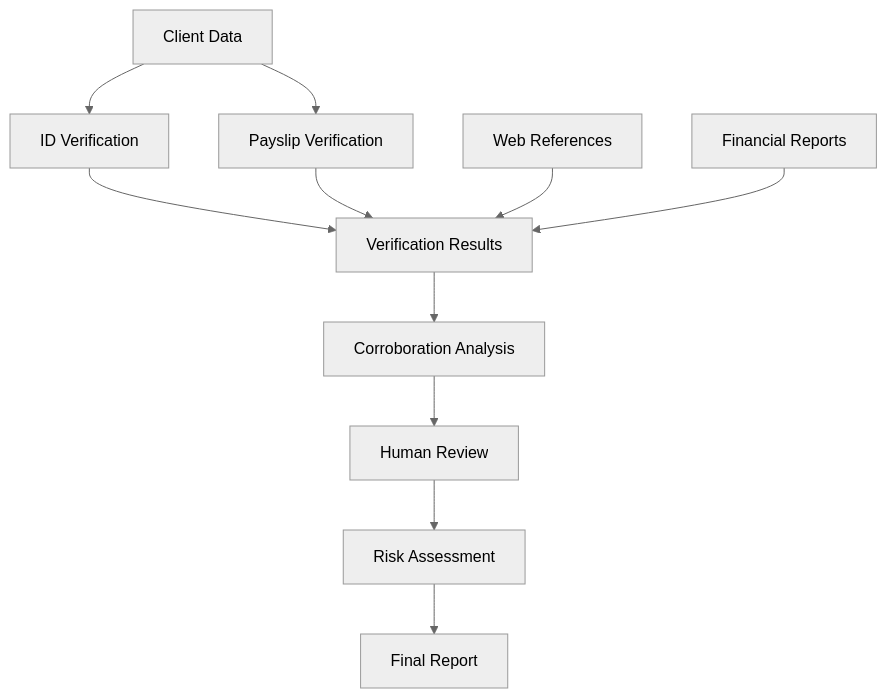
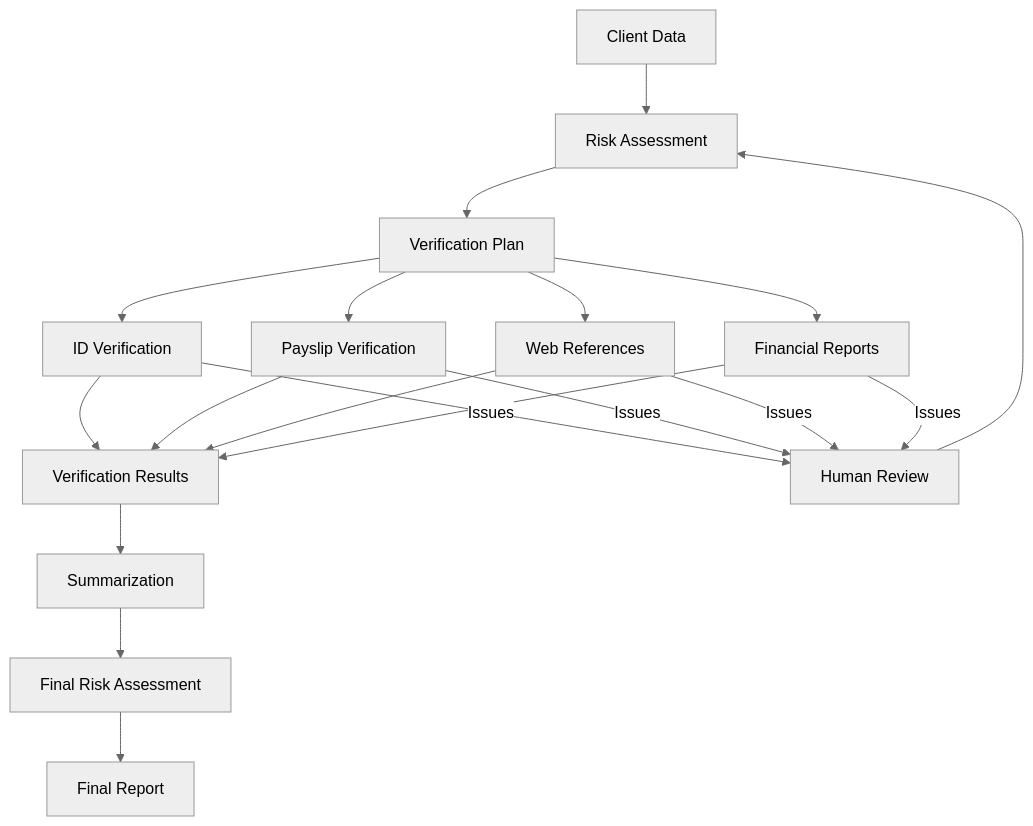
The third of 3 diagrams in memory-bank/systemPatterns.md (LePingu/agent-playground), drawn with Mermaid (neutral theme) before and after one commit. The commit also changed other lines of this file and 117 other files, not shown here.

````diff
--- a/memory-bank/systemPatterns.md
+++ b/memory-bank/systemPatterns.md
@@ -202,15 +271,26 @@
 ```mermaid
 graph TD
-    ClientData[Client Data] --> IDVerification[ID Verification]
-    ClientData --> PayslipVerification[Payslip Verification]
+    ClientData[Client Data] --> RiskAssessment[Risk Assessment]
+    RiskAssessment --> VerificationPlan[Verification Plan]
+    
+    VerificationPlan --> IDVerification[ID Verification]
+    VerificationPlan --> PayslipVerification[Payslip Verification]
+    VerificationPlan --> WebReferences[Web References]
+    VerificationPlan --> FinancialReports[Financial Reports]
     
     IDVerification --> VerificationResults[Verification Results]
     PayslipVerification --> VerificationResults
-    WebReferences[Web References] --> VerificationResults
-    FinancialReports[Financial Reports] --> VerificationResults
+    WebReferences --> VerificationResults
+    FinancialReports --> VerificationResults
     
-    VerificationResults --> Corroboration[Corroboration Analysis]
-    Corroboration --> HumanReview[Human Review]
-    HumanReview --> RiskAssessment[Risk Assessment]
-    RiskAssessment --> FinalReport[Final Report]
+    VerificationResults --> Summarization[Summarization]
+    Summarization --> FinalRiskAssessment[Final Risk Assessment]
+    FinalRiskAssessment --> FinalReport[Final Report]
+    
+    IDVerification -->|Issues| HumanReview[Human Review]
+    PayslipVerification -->|Issues| HumanReview
+    WebReferences -->|Issues| HumanReview
+    FinancialReports -->|Issues| HumanReview
+    
+    HumanReview --> RiskAssessment
 ```
````
